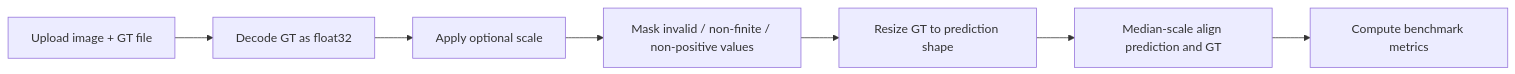
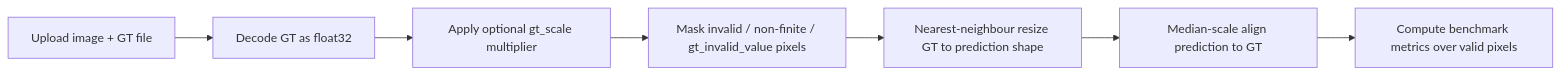
Before and after one commit to AyushmanRaha/DepthLensPro: the second of 2 diagrams in README.md, drawn with Mermaid. The commit also changed other lines of this file, not shown here.

````diff
--- a/README.md
+++ b/README.md
@@ -939,9 +957,9 @@
 ```mermaid
 flowchart LR
     A["Upload image + GT file"] --> B["Decode GT as float32"]
-    B --> C["Apply optional scale"]
-    C --> D["Mask invalid / non-finite / non-positive values"]
-    D --> E["Resize GT to prediction shape"]
-    E --> F["Median-scale align prediction and GT"]
-    F --> G["Compute benchmark metrics"]
+    B --> C["Apply optional gt_scale multiplier"]
+    C --> D["Mask invalid / non-finite / gt_invalid_value pixels"]
+    D --> E["Nearest-neighbour resize GT to prediction shape"]
+    E --> F["Median-scale align prediction to GT"]
+    F --> G["Compute benchmark metrics over valid pixels"]
 ```
````
